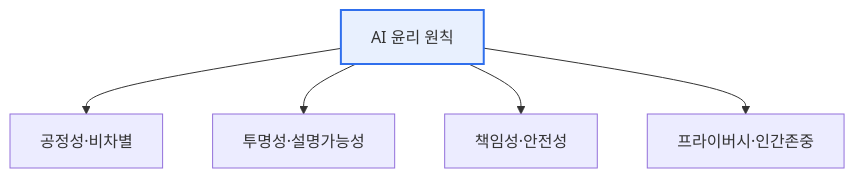
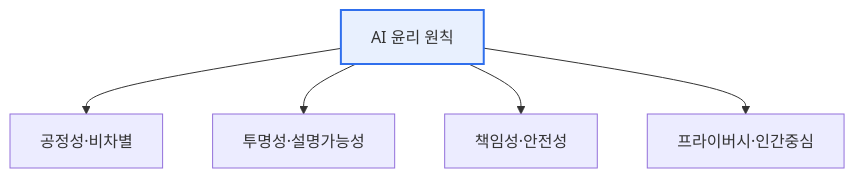
The first of 2 diagrams in content/ai-ethics-governance.md (coninggu/wjdqhrhksflrltnftk), drawn with Mermaid before and after one commit. The commit also changed other lines of this file and 5 other files, not shown here.

````diff
--- a/content/ai-ethics-governance.md
+++ b/content/ai-ethics-governance.md
@@ -12,8 +15,8 @@
 ```mermaid
 flowchart TB
   E[AI 윤리 원칙] --> F[공정성·비차별]
   E --> T[투명성·설명가능성]
   E --> A[책임성·안전성]
-  E --> P[프라이버시·인간존중]
+  E --> P[프라이버시·인간중심]
   style E fill:#e8f0fe,stroke:#2f6fed,stroke-width:2px
 ```
````
